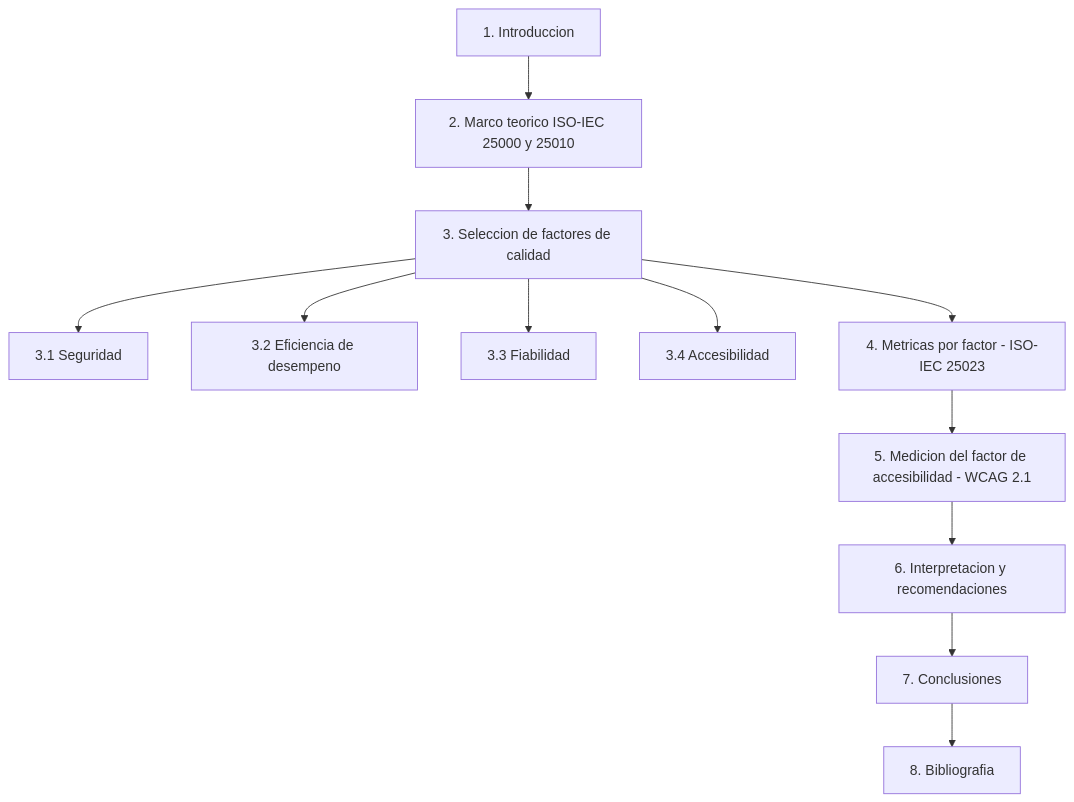
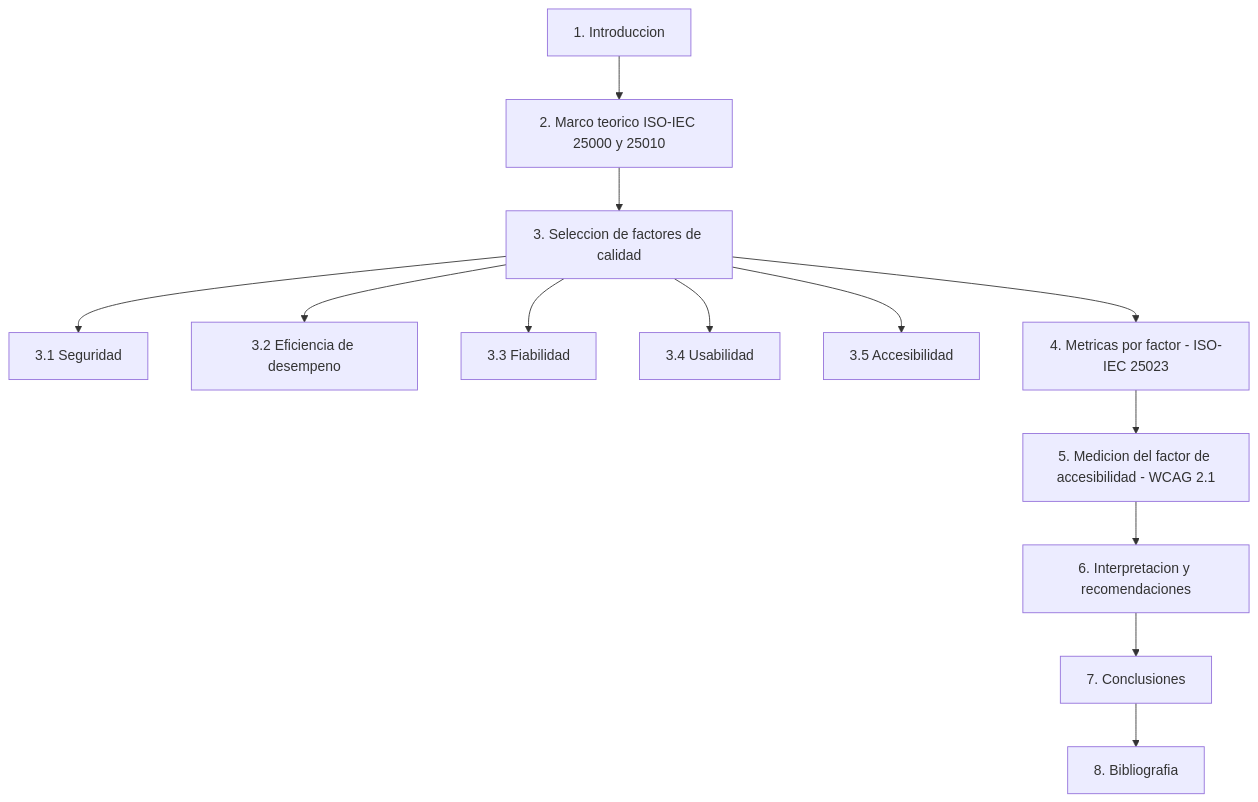
One commit to AlejoTechEngineer/procesos-ingenieria-software-modelo-calidad changed the first of 2 diagrams in README.md. Above: the diagram before and after it, drawn with Mermaid. The commit also changed other lines of this file, not shown here.

````diff
--- a/README.md
+++ b/README.md
@@ -105,14 +105,15 @@
 ```mermaid
 flowchart TD
     A[1. Introduccion] --> B[2. Marco teorico ISO-IEC 25000 y 25010]
     B --> C[3. Seleccion de factores de calidad]
     C --> C1[3.1 Seguridad]
     C --> C2[3.2 Eficiencia de desempeno]
     C --> C3[3.3 Fiabilidad]
-    C --> C4[3.4 Accesibilidad]
+    C --> C4[3.4 Usabilidad]
+    C --> C5[3.5 Accesibilidad]
     C --> D[4. Metricas por factor - ISO-IEC 25023]
     D --> E[5. Medicion del factor de accesibilidad - WCAG 2.1]
     E --> F[6. Interpretacion y recomendaciones]
     F --> G[7. Conclusiones]
     G --> H[8. Bibliografia]
 ```
````
